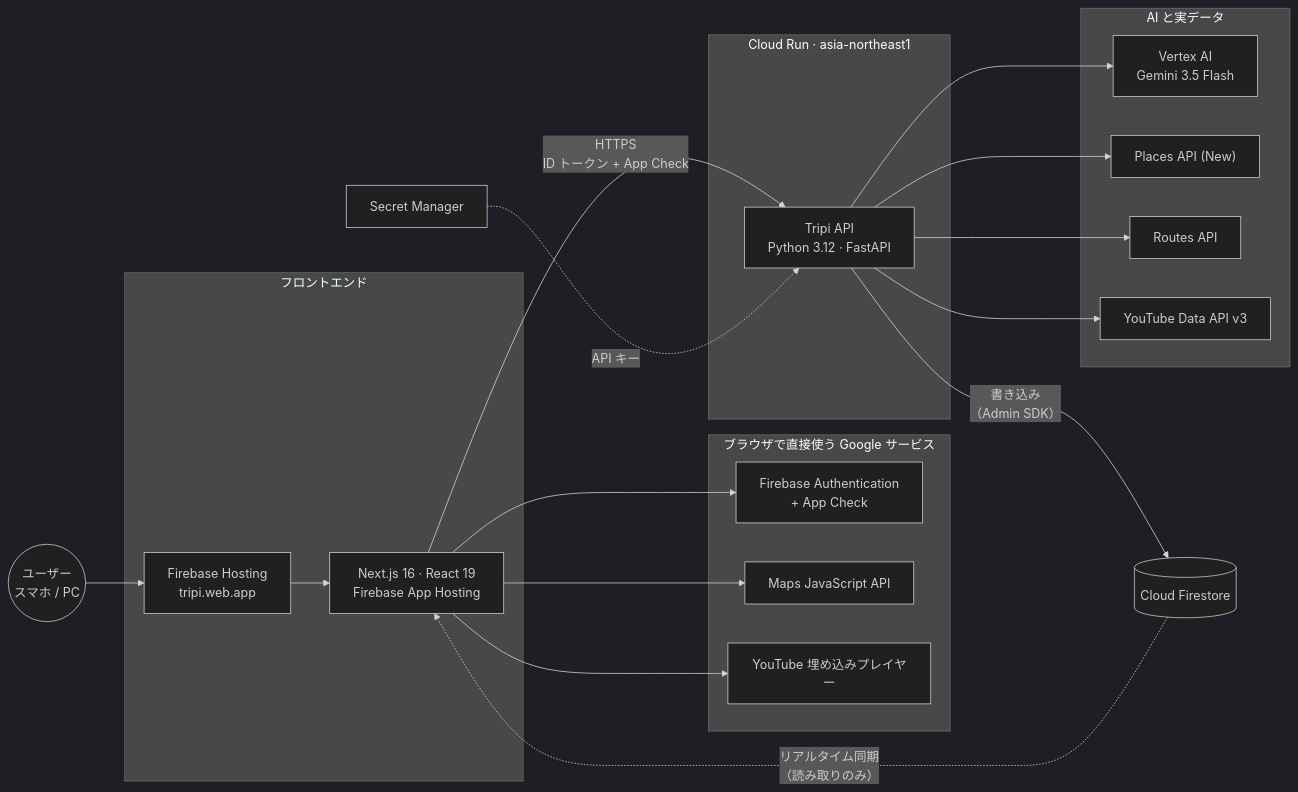
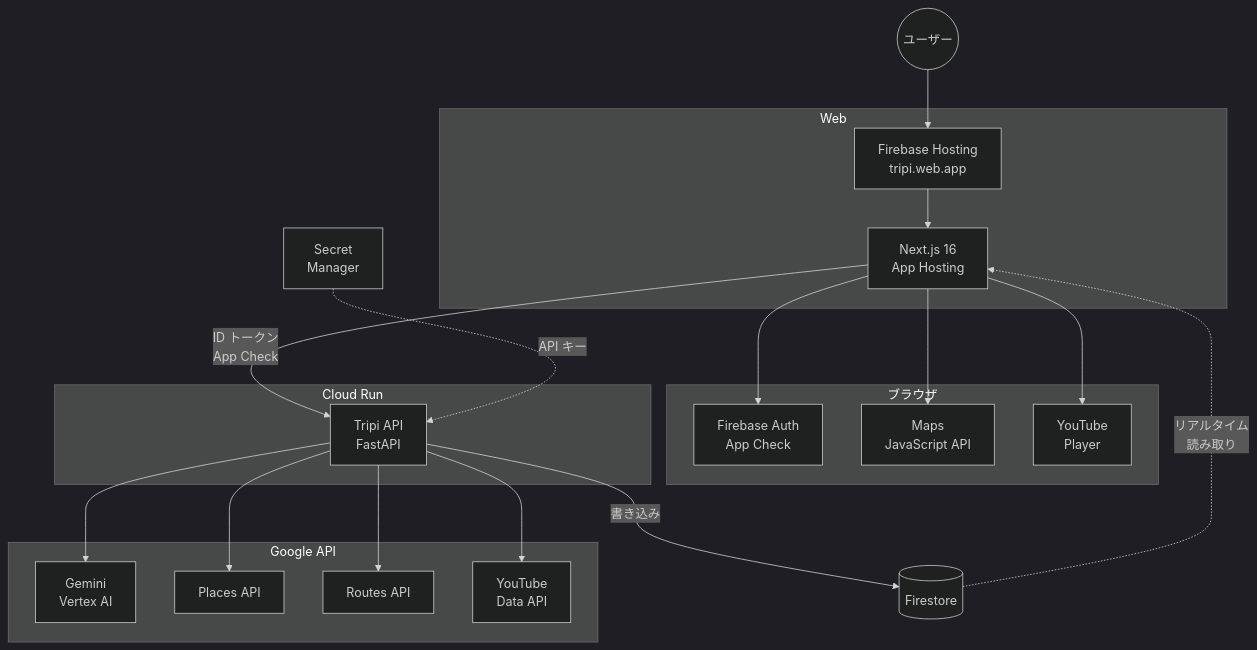
Before and after one commit to Devfest-Hackathon-2026/df-2026-t202: the first of 2 diagrams in README.md, drawn with Mermaid (dark theme). The commit also changed other lines of this file, not shown here.

Commit message:
docs: readable diagrams on GitHub

````diff
--- a/README.md
+++ b/README.md
@@ -124,42 +124,42 @@
 ```mermaid
-flowchart LR
-    U(("ユーザー<br/>スマホ / PC"))
+flowchart TB
+    U(("ユーザー"))
 
-    subgraph FE["フロントエンド"]
+    subgraph FE["Web"]
         H["Firebase Hosting<br/>tripi.web.app"]
-        W["Next.js 16 · React 19<br/>Firebase App Hosting"]
+        W["Next.js 16<br/>App Hosting"]
     end
 
-    subgraph BR["ブラウザで直接使う Google サービス"]
-        AU["Firebase Authentication<br/>+ App Check"]
-        MJ["Maps JavaScript API"]
-        YP["YouTube 埋め込みプレイヤー"]
+    subgraph BR["ブラウザ"]
+        AU["Firebase Auth<br/>App Check"]
+        MJ["Maps<br/>JavaScript API"]
+        YP["YouTube<br/>Player"]
     end
 
-    subgraph BE["Cloud Run · asia-northeast1"]
-        API["Tripi API<br/>Python 3.12 · FastAPI"]
+    subgraph BE["Cloud Run"]
+        API["Tripi API<br/>FastAPI"]
     end
 
-    subgraph AI["AI と実データ"]
-        G["Vertex AI<br/>Gemini 3.5 Flash"]
-        PL["Places API (New)"]
+    subgraph EXT["Google API"]
+        G["Gemini<br/>Vertex AI"]
+        PL["Places API"]
         RT["Routes API"]
-        YT["YouTube Data API v3"]
+        YT["YouTube<br/>Data API"]
     end
 
-    DB[("Cloud Firestore")]
-    SM["Secret Manager"]
+    DB[("Firestore")]
+    SM["Secret<br/>Manager"]
 
     U --> H --> W
     W --> AU
     W --> MJ
     W --> YP
-    W -- "HTTPS<br/>ID トークン + App Check" --> API
-    DB -. "リアルタイム同期<br/>（読み取りのみ）" .-> W
-    API -- "書き込み<br/>（Admin SDK）" --> DB
+    W -- "ID トークン<br/>App Check" --> API
+    DB -. "リアルタイム<br/>読み取り" .-> W
+    API -- "書き込み" --> DB
     API --> G
     API --> PL
     API --> RT
     API --> YT
     SM -. "API キー" .-> API
 ```
````
